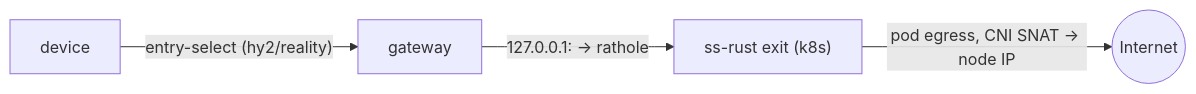
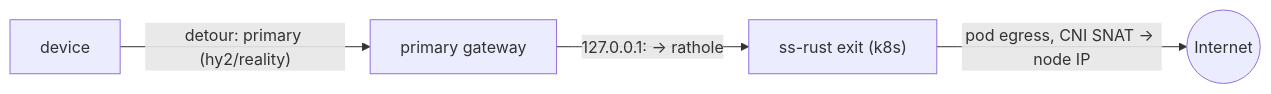
The sixth of 6 diagrams in docs/architecture.md (radiosilence/jaritanet), drawn with Mermaid before and after one commit. The commit also changed other lines of this file and 4 other files, not shown here.

First line of the commit message:
fix(exits): address review — pin exit detour to primary, Secret, TCP-only, pin image

````diff
--- a/docs/architecture.md
+++ b/docs/architecture.md
@@ -247,6 +310,6 @@
 ```mermaid
 flowchart LR
-    DEV["device"] -->|"entry-select (hy2/reality)"| GW["gateway"]
+    DEV["device"] -->|"detour: primary (hy2/reality)"| GW["primary gateway"]
     GW -->|"127.0.0.1:<port> → rathole"| SS["ss-rust exit (k8s)"]
     SS -->|"pod egress, CNI SNAT → node IP"| INET(("Internet"))
 ```
````
